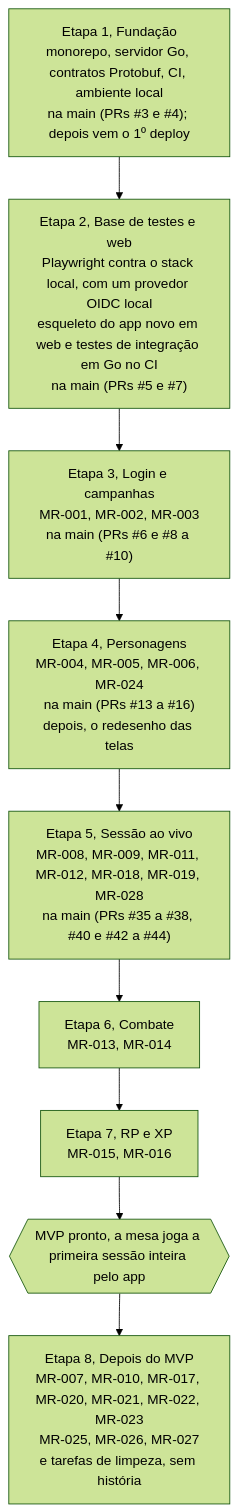
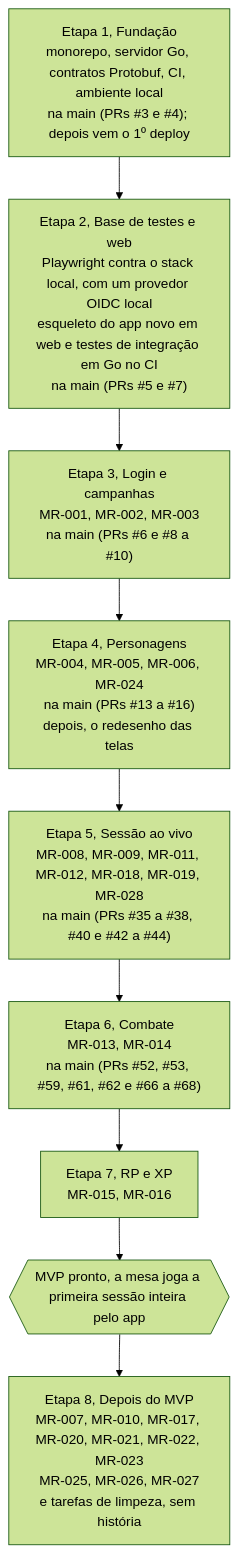
Before and after one commit to PuraFome/meuRPG: the diagram in docs/roadmap.md, drawn with Mermaid (forest theme). The commit also changed other lines of this file and 2 other files, not shown here.

First line of the commit message:
docs: Etapa 6 (combat) is done in the roadmap and the README

````diff
--- a/docs/roadmap.md
+++ b/docs/roadmap.md
@@ -5,14 +5,14 @@
 ```mermaid
 flowchart TD
     E1["Etapa 1, Fundação<br/>monorepo, servidor Go, contratos Protobuf, CI, ambiente local<br/>na main (PRs #3 e #4); depois vem o 1º deploy"]
     E2["Etapa 2, Base de testes e web<br/>Playwright contra o stack local, com um provedor OIDC local<br/>esqueleto do app novo em web e testes de integração em Go no CI<br/>na main (PRs #5 e #7)"]
     E3["Etapa 3, Login e campanhas<br/>MR-001, MR-002, MR-003<br/>na main (PRs #6 e #8 a #10)"]
     E4["Etapa 4, Personagens<br/>MR-004, MR-005, MR-006, MR-024<br/>na main (PRs #13 a #16)<br/>depois, o redesenho das telas"]
     E5["Etapa 5, Sessão ao vivo<br/>MR-008, MR-009, MR-011, MR-012, MR-018, MR-019, MR-028<br/>na main (PRs #35 a #38, #40 e #42 a #44)"]
-    E6["Etapa 6, Combate<br/>MR-013, MR-014"]
+    E6["Etapa 6, Combate<br/>MR-013, MR-014<br/>na main (PRs #52, #53, #59, #61, #62 e #66 a #68)"]
     E7["Etapa 7, RP e XP<br/>MR-015, MR-016"]
     MVP{{"MVP pronto, a mesa joga a primeira sessão inteira pelo app"}}
     E8["Etapa 8, Depois do MVP<br/>MR-007, MR-010, MR-017, MR-020, MR-021, MR-022, MR-023<br/>MR-025, MR-026, MR-027<br/>e tarefas de limpeza, sem história"]
 
     E1 --> E2 --> E3 --> E4 --> E5 --> E6 --> E7 --> MVP --> E8
 ```
````
